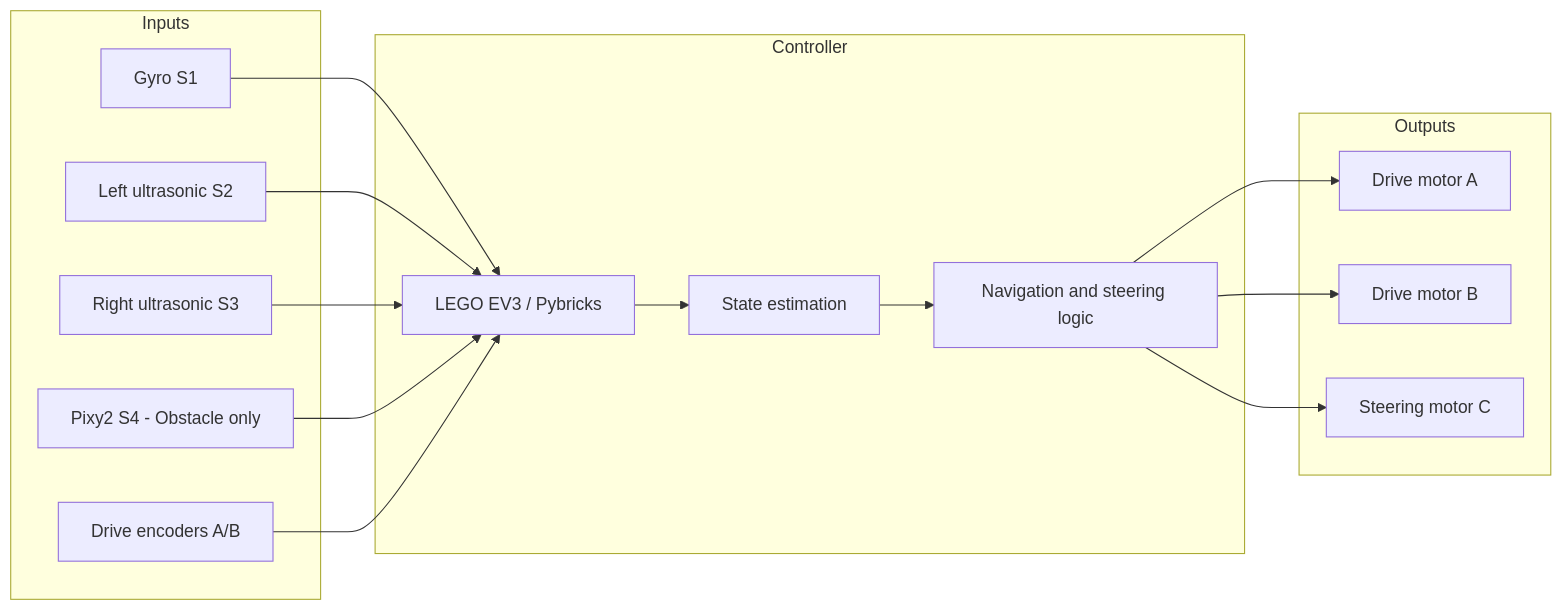
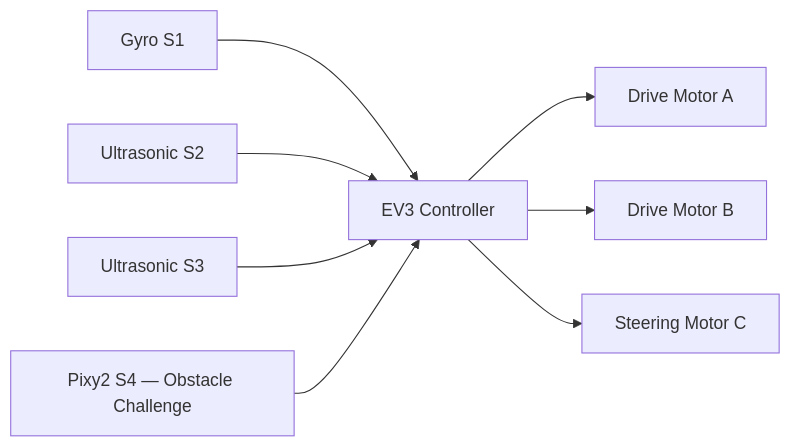
One commit to WSSB2026WRO/Qatar-FEold changed the diagram in hardware/README.md. Above: the diagram before and after it, drawn with Mermaid. The commit also changed other lines of this file, not shown here.

````diff
--- a/hardware/README.md
+++ b/hardware/README.md
@@ -21,29 +21,10 @@
 ```mermaid
 flowchart LR
-    subgraph Inputs
-      G[Gyro S1]
-      UL[Left ultrasonic S2]
-      UR[Right ultrasonic S3]
-      PX[Pixy2 S4 - Obstacle only]
-      EA[Drive encoders A/B]
-    end
-    subgraph Controller
-      EV3[LEGO EV3 / Pybricks]
-      EST[State estimation]
-      CTRL[Navigation and steering logic]
-    end
-    subgraph Outputs
-      MA[Drive motor A]
-      MB[Drive motor B]
-      MC[Steering motor C]
-    end
-    G --> EV3
-    UL --> EV3
-    UR --> EV3
-    PX --> EV3
-    EA --> EV3
-    EV3 --> EST --> CTRL
-    CTRL --> MA
-    CTRL --> MB
-    CTRL --> MC
+  G[Gyro S1] --> C[EV3 Controller]
+  U1[Ultrasonic S2] --> C
+  U2[Ultrasonic S3] --> C
+  P[Pixy2 S4 — Obstacle Challenge] --> C
+  C --> A[Drive Motor A]
+  C --> B[Drive Motor B]
+  C --> S[Steering Motor C]
 ```
````
